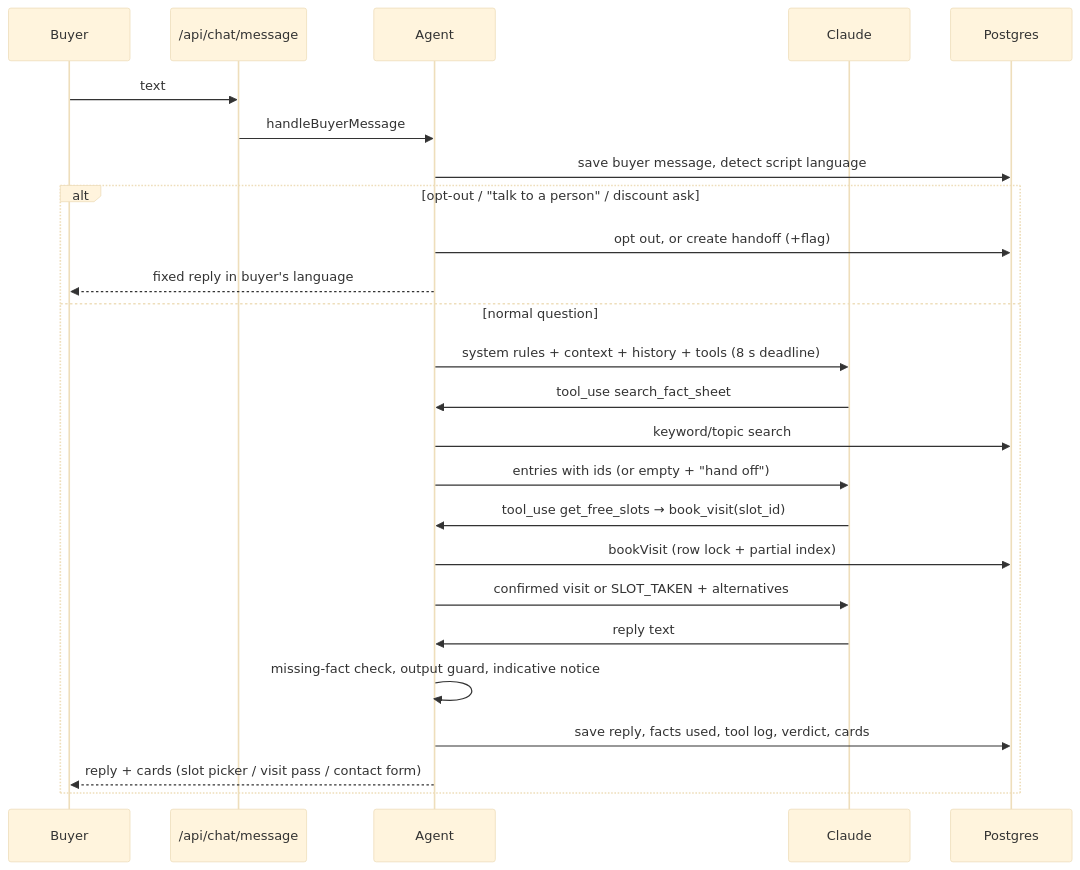
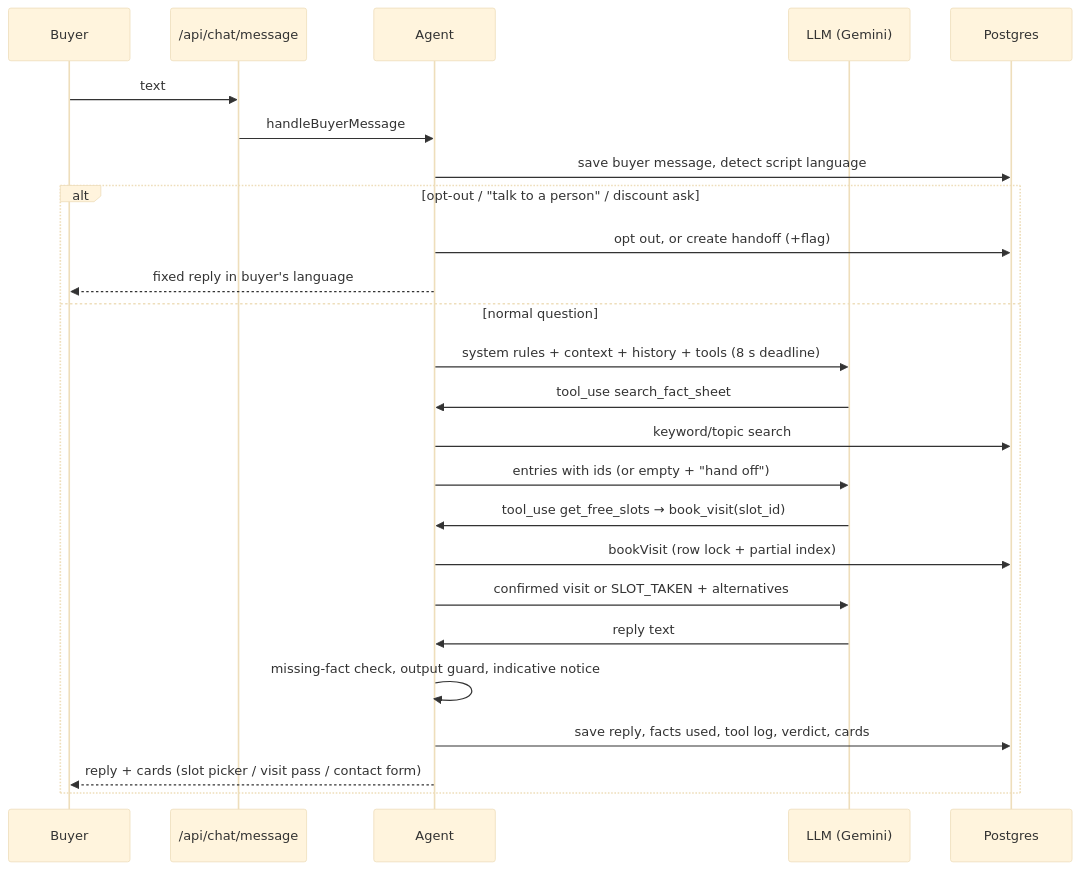
One commit to Arpan7125/site-visit-assistant changed the third of 4 diagrams in docs/TDD.md. Above: the diagram before and after it, drawn with Mermaid (base theme). The commit also changed other lines of this file and 5 other files, not shown here.

````diff
--- a/docs/TDD.md
+++ b/docs/TDD.md
@@ -119,27 +119,27 @@
 ```mermaid
 sequenceDiagram
   participant B as Buyer
   participant API as /api/chat/message
   participant AG as Agent
-  participant M as Claude
+  participant M as LLM (Gemini)
   participant DB as Postgres
   B->>API: text
   API->>AG: handleBuyerMessage
   AG->>DB: save buyer message, detect script language
   alt opt-out / "talk to a person" / discount ask
     AG->>DB: opt out, or create handoff (+flag)
     AG-->>B: fixed reply in buyer's language
   else normal question
     AG->>M: system rules + context + history + tools (8 s deadline)
     M->>AG: tool_use search_fact_sheet
     AG->>DB: keyword/topic search
     AG->>M: entries with ids (or empty + "hand off")
     M->>AG: tool_use get_free_slots → book_visit(slot_id)
     AG->>DB: bookVisit (row lock + partial index)
     AG->>M: confirmed visit or SLOT_TAKEN + alternatives
     M->>AG: reply text
     AG->>AG: missing-fact check, output guard, indicative notice
     AG->>DB: save reply, facts used, tool log, verdict, cards
     AG-->>B: reply + cards (slot picker / visit pass / contact form)
   end
 ```
````
